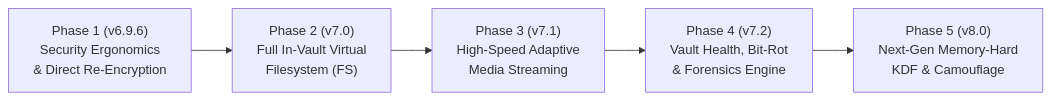
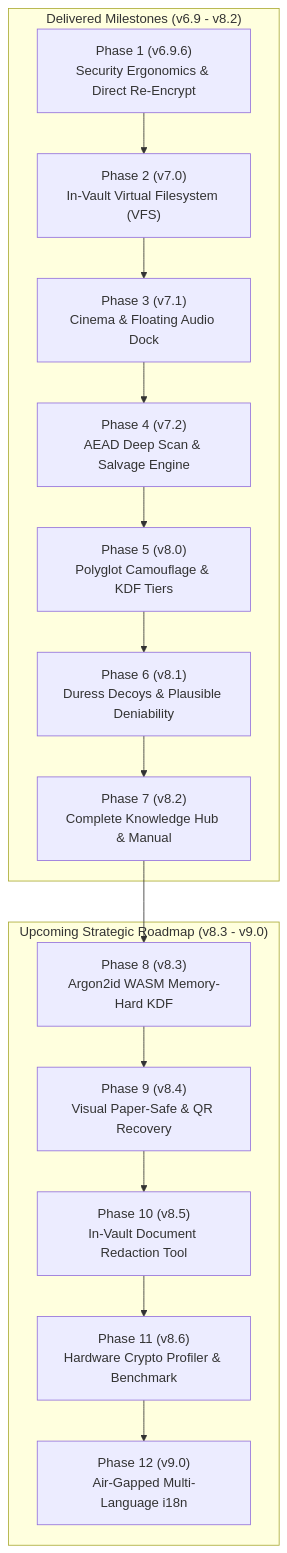
The diagram in future-plans/FUTURE_PLAN.md (zevbuild/zevsafe), drawn with Mermaid before and after one commit. The commit also changed other lines of this file and 4 other files, not shown here.

Commit message:
docs: expand architectural master roadmap with upcoming Phases 8-12 blueprints

````diff
--- a/future-plans/FUTURE_PLAN.md
+++ b/future-plans/FUTURE_PLAN.md
@@ -20,7 +20,19 @@
 ```mermaid
-flowchart LR
-    A["Phase 1 (v6.9.6)<br>Security Ergonomics<br>& Direct Re-Encryption"] --> B["Phase 2 (v7.0)<br>Full In-Vault Virtual<br>Filesystem (FS)"]
-    B --> C["Phase 3 (v7.1)<br>High-Speed Adaptive<br>Media Streaming"]
-    C --> D["Phase 4 (v7.2)<br>Vault Health, Bit-Rot<br>& Forensics Engine"]
-    D --> E["Phase 5 (v8.0)<br>Next-Gen Memory-Hard<br>KDF & Camouflage"]
+flowchart TD
+    subgraph Delivered["Delivered Milestones (v6.9 - v8.2)"]
+        P1["Phase 1 (v6.9.6)<br>Security Ergonomics & Direct Re-Encrypt"] --> P2["Phase 2 (v7.0)<br>In-Vault Virtual Filesystem (VFS)"]
+        P2 --> P3["Phase 3 (v7.1)<br>Cinema & Floating Audio Dock"]
+        P3 --> P4["Phase 4 (v7.2)<br>AEAD Deep Scan & Salvage Engine"]
+        P4 --> P5["Phase 5 (v8.0)<br>Polyglot Camouflage & KDF Tiers"]
+        P5 --> P6["Phase 6 (v8.1)<br>Duress Decoys & Plausible Deniability"]
+        P6 --> P7["Phase 7 (v8.2)<br>Complete Knowledge Hub & Manual"]
+    end
+
+    subgraph Upcoming["Upcoming Strategic Roadmap (v8.3 - v9.0)"]
+        P7 --> P8["Phase 8 (v8.3)<br>Argon2id WASM Memory-Hard KDF"]
+        P8 --> P9["Phase 9 (v8.4)<br>Visual Paper-Safe & QR Recovery"]
+        P9 --> P10["Phase 10 (v8.5)<br>In-Vault Document Redaction Tool"]
+        P10 --> P11["Phase 11 (v8.6)<br>Hardware Crypto Profiler & Benchmark"]
+        P11 --> P12["Phase 12 (v9.0)<br>Air-Gapped Multi-Language i18n"]
+    end
 ```
````
